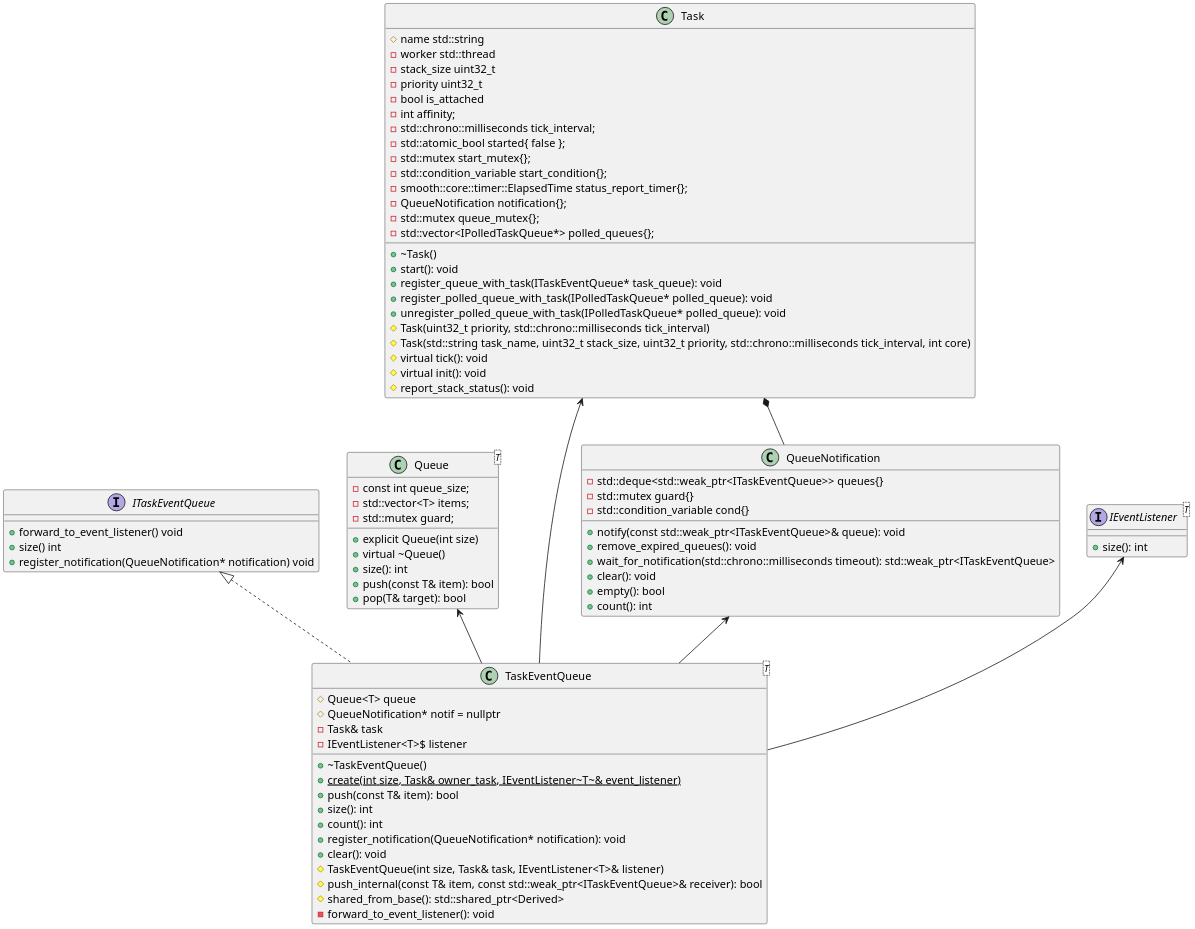
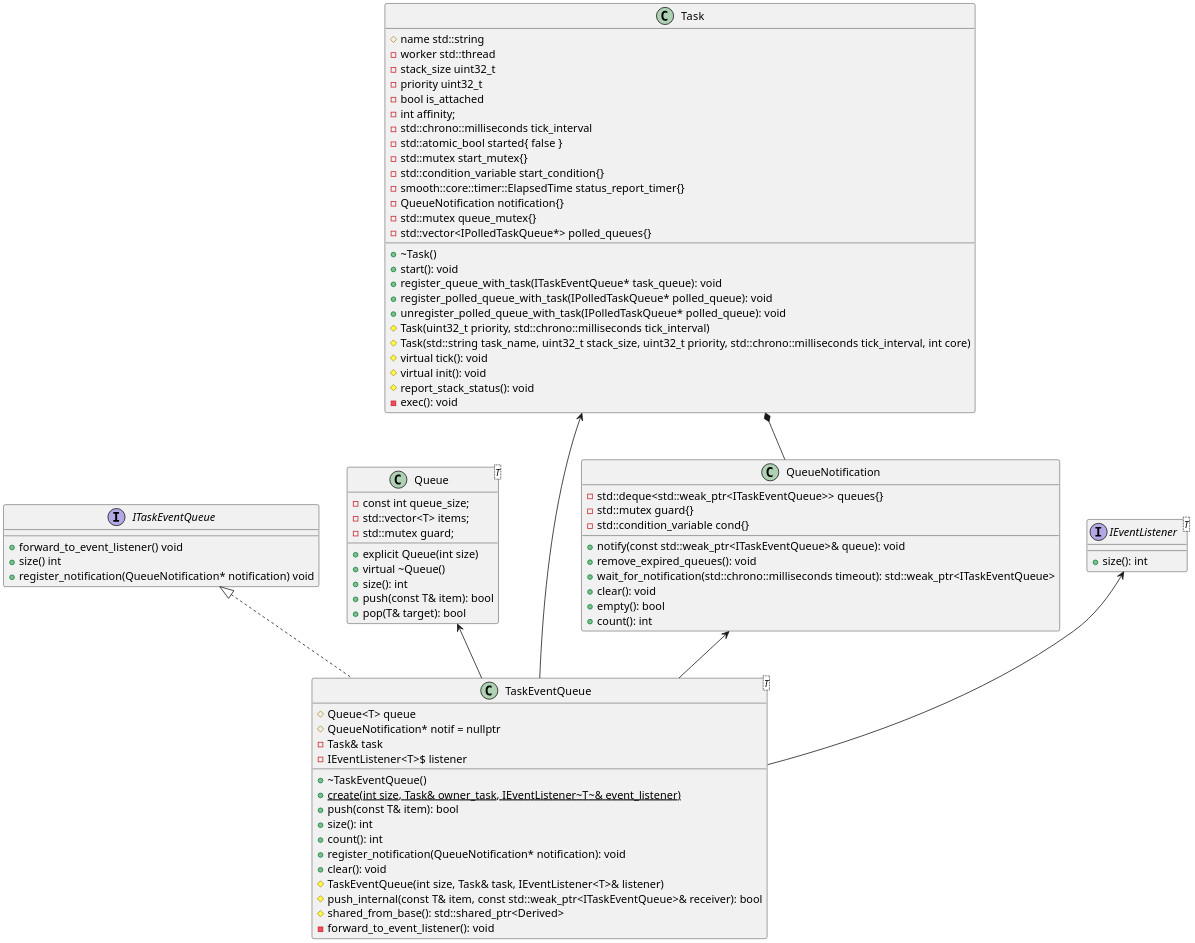
Before and after one commit to jtpadilla/esp-idf-sc: the diagram in components/smooth/diagrams/src/ipc.plantuml, drawn with PlantUML. The commit also changed 2 other files, not shown here.

```diff
--- a/components/smooth/diagrams/src/ipc.plantuml
+++ b/components/smooth/diagrams/src/ipc.plantuml
@@ -1,92 +1,93 @@
 @startuml ipc
 
 scale 2
 
 
 interface ITaskEventQueue {
     +forward_to_event_listener() void
     +size() int
     +register_notification(QueueNotification* notification) void
 }
 
 class TaskEventQueue<T> {
     #Queue<T> queue
     #QueueNotification* notif = nullptr
     -Task& task
     -IEventListener<T>$ listener
     +~TaskEventQueue()
     {static} +create(int size, Task& owner_task, IEventListener~T~& event_listener)
     +push(const T& item): bool
     +size(): int
     +count(): int
     +register_notification(QueueNotification* notification): void
     +clear(): void
     #TaskEventQueue(int size, Task& task, IEventListener<T>& listener)
     #push_internal(const T& item, const std::weak_ptr<ITaskEventQueue>& receiver): bool
     #shared_from_base(): std::shared_ptr<Derived>
     -forward_to_event_listener(): void
 }
 
 class Queue<T> {
     -const int queue_size;
     -std::vector<T> items;
     -std::mutex guard;
     +explicit Queue(int size)
     +virtual ~Queue()
     +size(): int
     +push(const T& item): bool
     +pop(T& target): bool
 }
 
 class QueueNotification {
     -std::deque<std::weak_ptr<ITaskEventQueue>> queues{}
     -std::mutex guard{}
     -std::condition_variable cond{}
     +notify(const std::weak_ptr<ITaskEventQueue>& queue): void
     +remove_expired_queues(): void
     +wait_for_notification(std::chrono::milliseconds timeout): std::weak_ptr<ITaskEventQueue>
     +clear(): void
     +empty(): bool
     +count(): int
 }
 
 interface IEventListener<T> {
     +size(): int
 }
 
 class Task {
     +~Task()
     +start(): void
     +register_queue_with_task(ITaskEventQueue* task_queue): void
     +register_polled_queue_with_task(IPolledTaskQueue* polled_queue): void
     +unregister_polled_queue_with_task(IPolledTaskQueue* polled_queue): void
     #name std::string
     #Task(uint32_t priority, std::chrono::milliseconds tick_interval)
     #Task(std::string task_name, uint32_t stack_size, uint32_t priority, std::chrono::milliseconds tick_interval, int core)
     #virtual tick(): void
     #virtual init(): void
     #report_stack_status(): void
     -worker std::thread
     -stack_size uint32_t
     -priority uint32_t
     -bool is_attached
     -int affinity;
-    -std::chrono::milliseconds tick_interval;
-    -std::atomic_bool started{ false };
-    -std::mutex start_mutex{};
-    -std::condition_variable start_condition{};
-    -smooth::core::timer::ElapsedTime status_report_timer{};
-    -QueueNotification notification{};
-    -std::mutex queue_mutex{};
-    -std::vector<IPolledTaskQueue*> polled_queues{};
+    -std::chrono::milliseconds tick_interval
+    -std::atomic_bool started{ false }
+    -std::mutex start_mutex{}
+    -std::condition_variable start_condition{}
+    -smooth::core::timer::ElapsedTime status_report_timer{}
+    -QueueNotification notification{}
+    -std::mutex queue_mutex{}
+    -std::vector<IPolledTaskQueue*> polled_queues{}
+    -exec(): void
 }
 
 class TaskEventQueue implements ITaskEventQueue
 Task *-- QueueNotification
 Task <-- TaskEventQueue
 IEventListener <-- TaskEventQueue
 
 Queue <-- TaskEventQueue
 QueueNotification <-- TaskEventQueue
 
 @enduml
```
